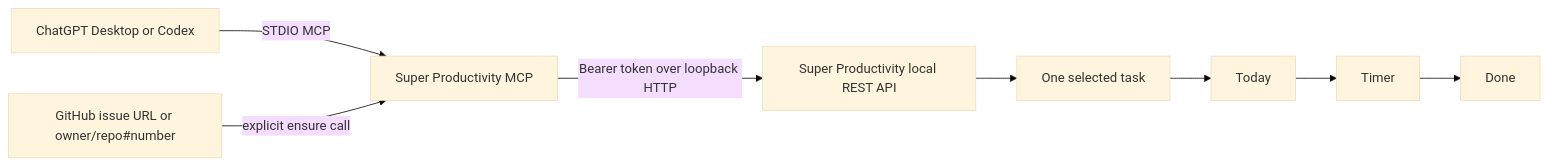
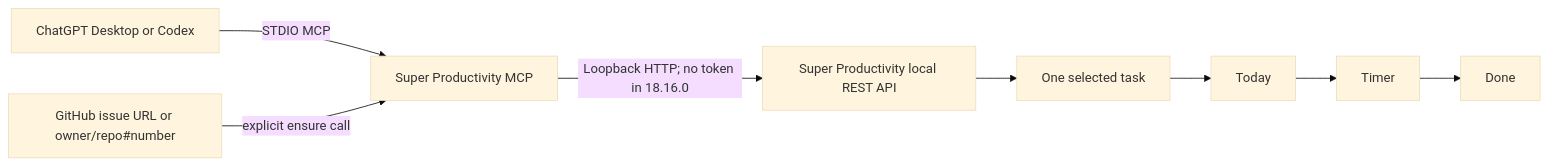
The first of 2 diagrams in README.md (AdvaithAnand1/super-productivity-mcp), drawn with Mermaid (base theme) before and after one commit. The commit also changed other lines of this file and 8 other files, not shown here.

````diff
--- a/README.md
+++ b/README.md
@@ -39,10 +69,10 @@
 ```mermaid
 flowchart LR
     A["ChatGPT Desktop or Codex"] -->|STDIO MCP| B["Super Productivity MCP"]
-    B -->|Bearer token over loopback HTTP| C["Super Productivity local REST API"]
+    B -->|"Loopback HTTP; no token in 18.16.0"| C["Super Productivity local REST API"]
     C --> D["One selected task"]
     D --> E["Today"]
     E --> F["Timer"]
     F --> G["Done"]
     H["GitHub issue URL or owner/repo#number"] -->|explicit ensure call| B
 ```
````
